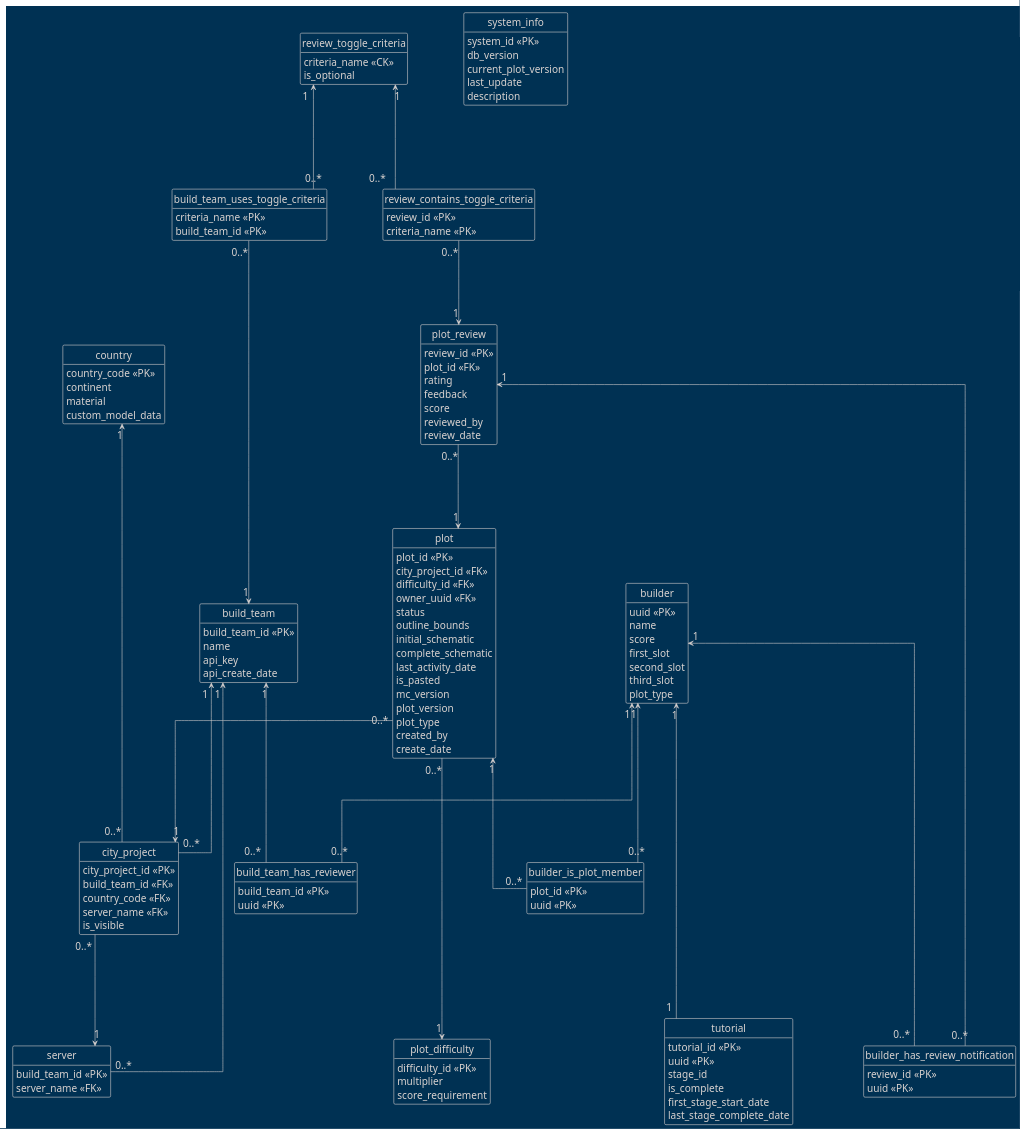
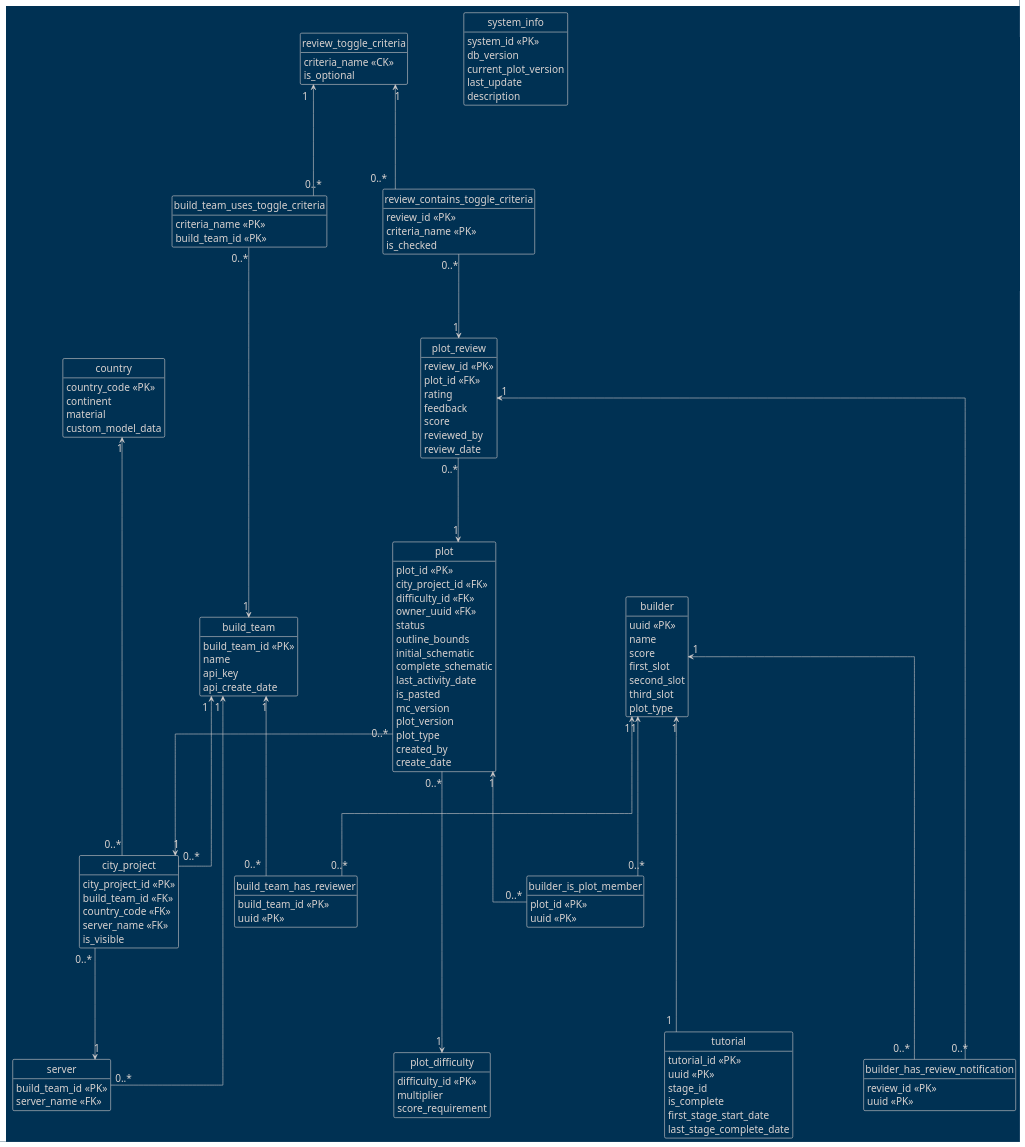
Before and after one commit to AlpsBTE/Plot-System-DB: the diagram in logical-db.puml, drawn with PlantUML. The commit also changed 2 other files, not shown here.

Commit message:
add is_checked column to review_contains_toggle_criteria table

```diff
--- a/logical-db.puml
+++ b/logical-db.puml
@@ -1,154 +1,155 @@
 @startuml
 skinparam nodesep 100
 skinparam ranksep 150
 skinparam defaultFontSize 18
 
 skinparam linetype ortho
 
 hide circle
 hide empty members
 !theme blueprint
 
 entity system_info {
     system_id <<PK>>
     db_version
     current_plot_version
     last_update
     description
 }
 
 entity build_team {
     build_team_id <<PK>>
     name
     api_key
     api_create_date
 }
 
 entity server {
     build_team_id <<PK>>
     server_name <<FK>>
 }
 
 entity country {
     country_code <<PK>>
     continent
     material
     custom_model_data
 }
 
 entity city_project {
     city_project_id <<PK>>
     build_team_id <<FK>>
     country_code <<FK>>
     server_name <<FK>>
     is_visible
 }
 
 entity builder {
     uuid <<PK>>
     name
     score
     first_slot
     second_slot
     third_slot
     plot_type
 }
 
 entity plot_difficulty {
     difficulty_id <<PK>>
     multiplier
     score_requirement
 }
 
 entity plot {
     plot_id <<PK>>
     city_project_id <<FK>>
     difficulty_id <<FK>>
     owner_uuid <<FK>>
     status
     outline_bounds
     initial_schematic
     complete_schematic
     last_activity_date
     is_pasted
     mc_version
     plot_version
     plot_type
     created_by
     create_date
 }
 
 entity tutorial {
     tutorial_id <<PK>>
     uuid <<PK>>
     stage_id
     is_complete
     first_stage_start_date
     last_stage_complete_date
 }
 
 entity plot_review {
     review_id <<PK>>
     plot_id <<FK>>
     rating
     feedback
     score
     reviewed_by
     review_date
 }
 
 entity review_toggle_criteria {
     criteria_name <<CK>>
     is_optional
 }
 
 entity build_team_has_reviewer {
     build_team_id <<PK>>
     uuid <<PK>>
 }
 
 entity builder_has_review_notification {
     review_id <<PK>>
     uuid <<PK>>
 }
 
 entity builder_is_plot_member {
     plot_id <<PK>>
     uuid <<PK>>
 }
 
 entity "build_team_uses_toggle_criteria" {
     criteria_name <<PK>>
     build_team_id <<PK>>
 }
 
 entity "review_contains_toggle_criteria" {
     review_id <<PK>>
     criteria_name <<PK>>
+    is_checked
 }
 
 build_team "1" <-- "0..*" build_team_has_reviewer
 build_team "1" <-- "0..*" server
 build_team "1" <-- "0..*" city_project
 
 country "1" <--- "0..*" city_project
 
 city_project "0..*" --> "1" server
 
 plot_review "1" <-- "0..*" builder_has_review_notification
 plot_review "0..*" --> "1" plot
 
 builder "1" <-- "0..*" build_team_has_reviewer
 builder "1" <--- "1" tutorial
 builder "1" <--- "0..*" builder_has_review_notification
 builder "1" <-- "0..*" builder_is_plot_member
 
 plot "0..*" --> "1" city_project
 plot "0..*" ---> "1" plot_difficulty
 plot "1" <-- "0..*" builder_is_plot_member
 
 review_toggle_criteria "1" <-- "0..*" build_team_uses_toggle_criteria
 build_team_uses_toggle_criteria "0..*" -> "1" build_team
 review_toggle_criteria "1" <-- "0..*" review_contains_toggle_criteria
 review_contains_toggle_criteria "0..*" --> "1" plot_review
 @enduml
```
